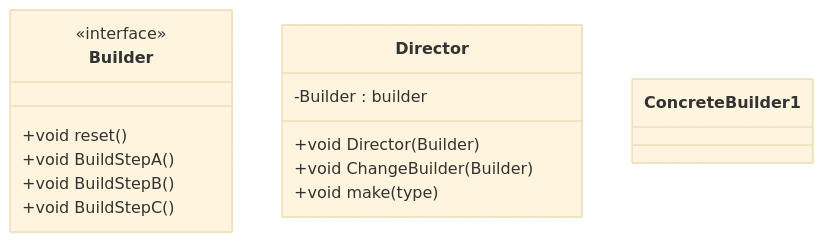
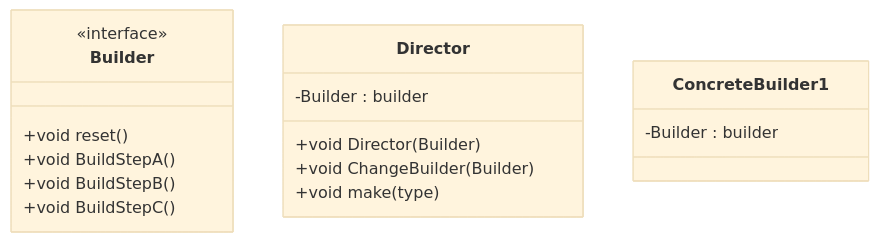
Before and after one commit to kirolossedra/Creational-Design-Patterns: the diagram in Builder/README.md, drawn with Mermaid (base theme).

````diff
--- a/Builder/README.md
+++ b/Builder/README.md
@@ -2,23 +2,24 @@
 ```mermaid
 classDiagram
 
 class Builder{
 <<interface>> 
     +void reset()
     +void BuildStepA()
     +void BuildStepB()
     +void BuildStepC()
 }
 
 class Director{
 -Builder : builder
 +void Director(Builder)
 +void ChangeBuilder(Builder)
 +void make(type)
 }
 
 class ConcreteBuilder1{
+-Builder : builder
 
 }
 
 ```
````
